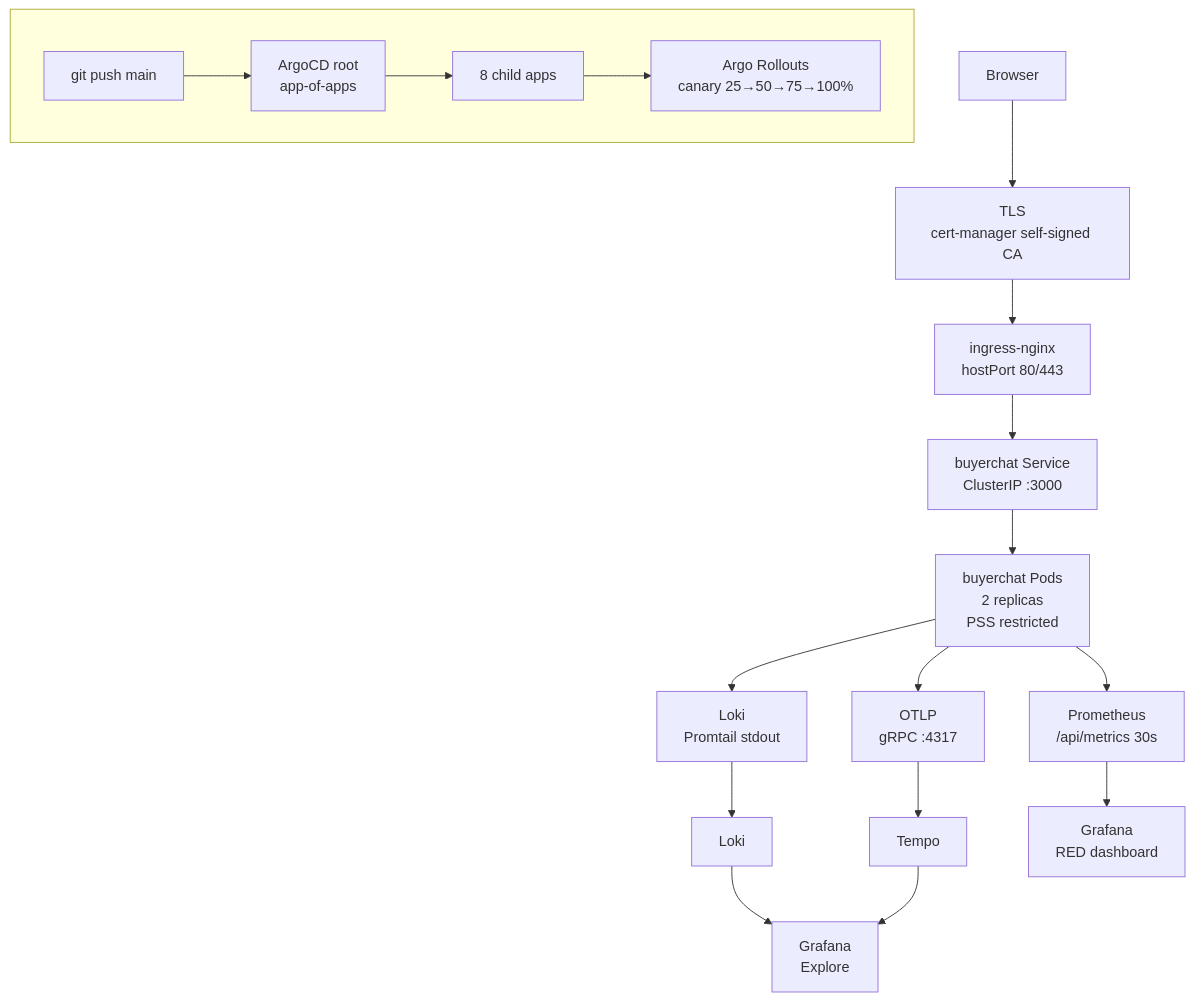
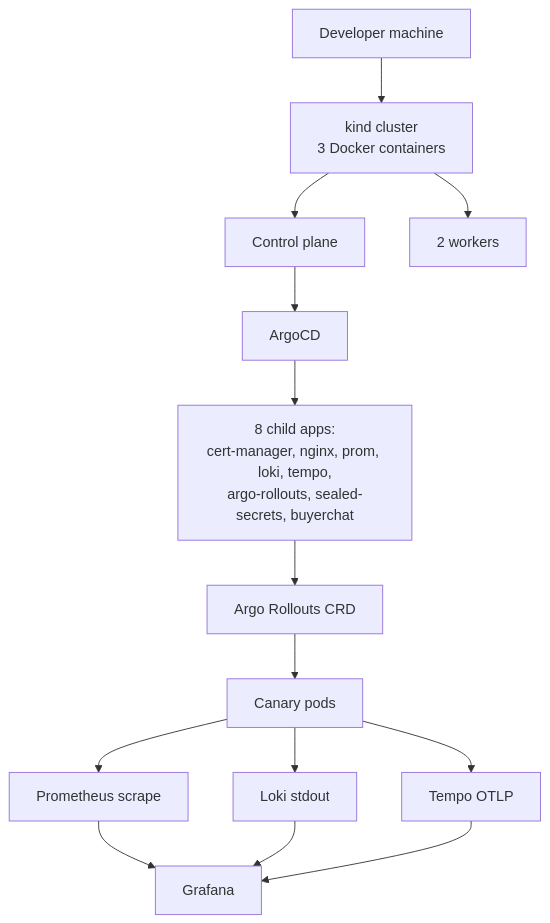
Before and after one commit to ykstorm/devops-showcase: the diagram in README.md, drawn with Mermaid. The commit also changed other lines of this file and 20 other files, not shown here.

````diff
--- a/README.md
+++ b/README.md
@@ -69,24 +123,16 @@
 ```mermaid
-graph TD
-    Browser --> HTTPS[TLS\ncert-manager self-signed CA]
-    HTTPS --> Ingress[ingress-nginx\nhostPort 80/443]
-    Ingress --> Svc[buyerchat Service\nClusterIP :3000]
-    Svc --> Pods[buyerchat Pods\n2 replicas\nPSS restricted]
-
-    Pods --> PM[Prometheus\n/api/metrics 30s]
-    Pods --> PL[Loki\nPromtail stdout]
-    Pods --> OT[OTLP\ngRPC :4317]
-
-    PL --> LK[Loki]
-    OT --> TP[Tempo]
-
-    LK --> GF[Grafana\nExplore]
-    TP --> GF
-    PM --> GFD[Grafana\nRED dashboard]
-
-    subgraph GitOps[" "]
-        G[git push main] --> A[ArgoCD root\napp-of-apps]
-        A --> AC[8 child apps]
-        AC --> AR[Argo Rollouts\ncanary 25→50→75→100%]
-    end
+graph TB
+    Dev[Developer machine] --> Kind[kind cluster<br/>3 Docker containers]
+    Kind --> CP[Control plane]
+    Kind --> W[2 workers]
+    CP --> Argo[ArgoCD]
+    Argo --> Apps[8 child apps:<br/>cert-manager, nginx, prom, loki, tempo,<br/>argo-rollouts, sealed-secrets, buyerchat]
+    Apps --> Rollout[Argo Rollouts CRD]
+    Rollout --> Pods[Canary pods]
+    Pods --> Prom[Prometheus scrape]
+    Pods --> LokiL[Loki stdout]
+    Pods --> TempoT[Tempo OTLP]
+    Prom --> Graf[Grafana]
+    LokiL --> Graf
+    TempoT --> Graf
 ```
````
